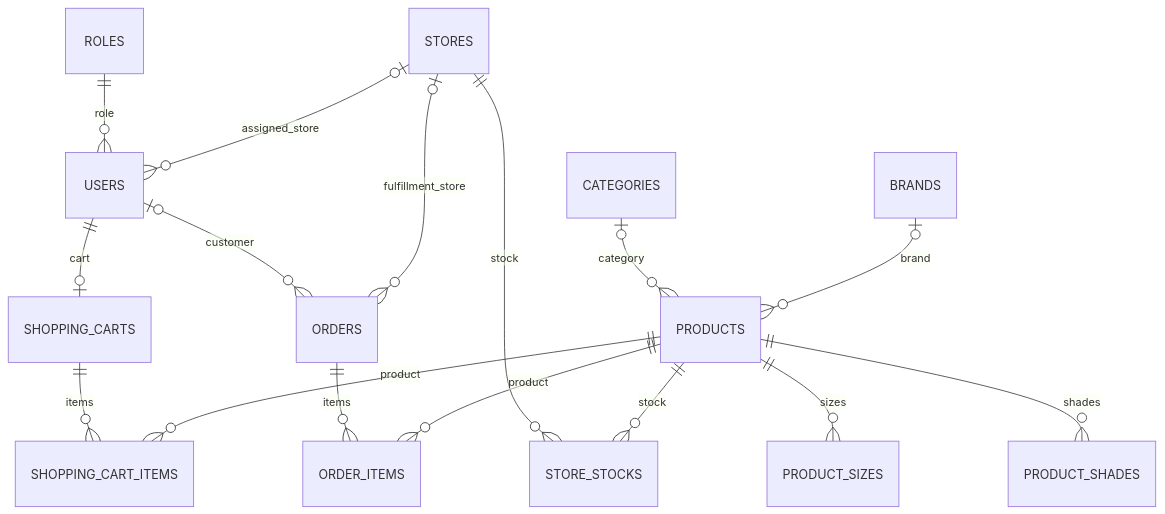
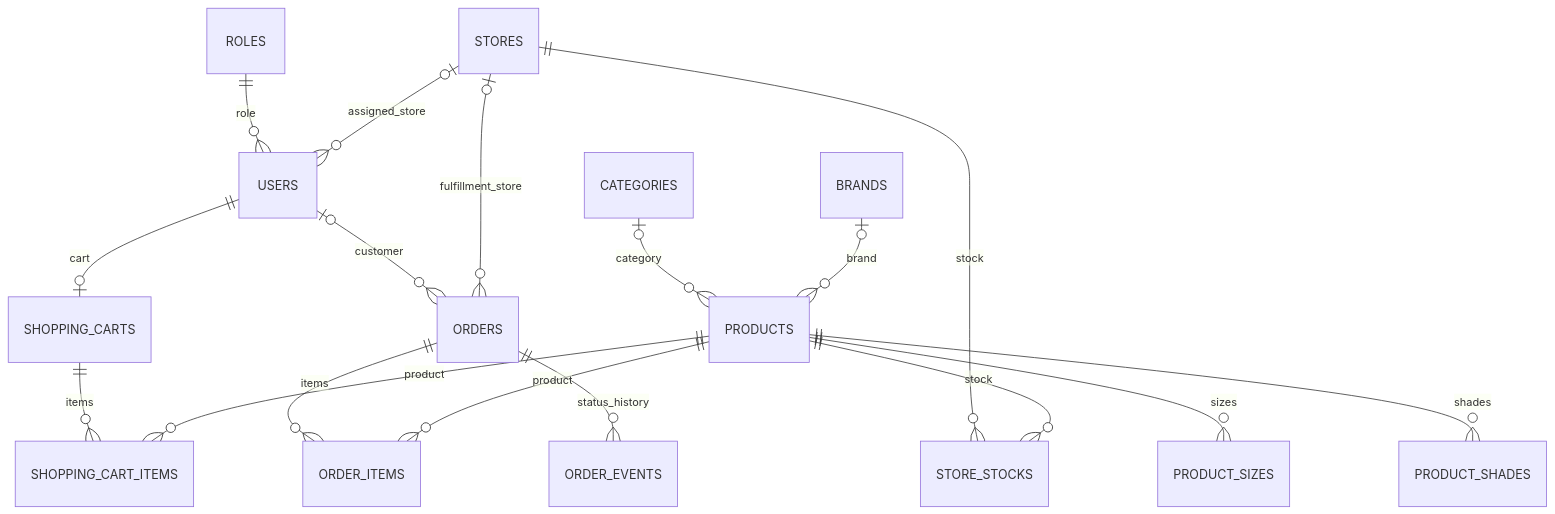
One commit to KenvinTran9/Oneshop changed the diagram in docs/mysql.md. Above: the diagram before and after it, drawn with Mermaid. The commit also changed other lines of this file and 39 other files, not shown here.

Commit message:
feat: add COD orders, tracking timeline and Gmail confirmations

````diff
--- a/docs/mysql.md
+++ b/docs/mysql.md
@@ -28,18 +28,19 @@
 ```mermaid
 erDiagram
     ROLES ||--o{ USERS : role
     STORES o|--o{ USERS : assigned_store
     CATEGORIES o|--o{ PRODUCTS : category
     BRANDS o|--o{ PRODUCTS : brand
     PRODUCTS ||--o{ PRODUCT_SIZES : sizes
     PRODUCTS ||--o{ PRODUCT_SHADES : shades
     STORES ||--o{ STORE_STOCKS : stock
     PRODUCTS ||--o{ STORE_STOCKS : stock
     USERS ||--o| SHOPPING_CARTS : cart
     SHOPPING_CARTS ||--o{ SHOPPING_CART_ITEMS : items
     PRODUCTS ||--o{ SHOPPING_CART_ITEMS : product
     USERS o|--o{ ORDERS : customer
     STORES o|--o{ ORDERS : fulfillment_store
     ORDERS ||--o{ ORDER_ITEMS : items
+    ORDERS ||--o{ ORDER_EVENTS : status_history
     PRODUCTS ||--o{ ORDER_ITEMS : product
 ```
````
